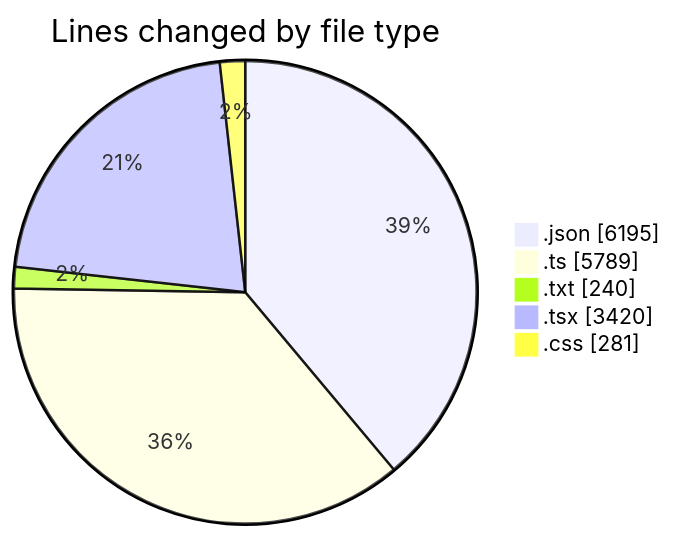
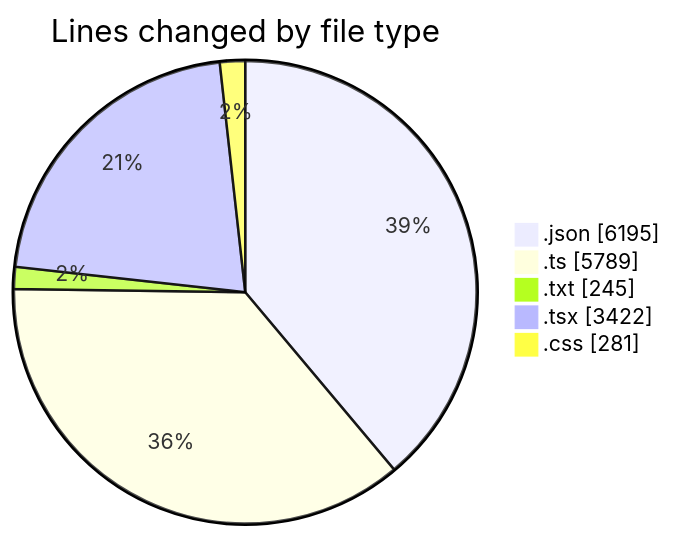
Before and after one commit to CELIANVF/code-tracking: the first of 2 diagrams in 2025-05-27/ecodeli-1/README.md, drawn with Mermaid. The commit also changed other lines of this file and 1 other file, not shown here.

````diff
--- a/2025-05-27/ecodeli-1/README.md
+++ b/2025-05-27/ecodeli-1/README.md
@@ -41,9 +41,9 @@
 ```mermaid
 pie showData
 title Lines changed by file type
 ".json" : 6195
 ".ts" : 5789
-".txt" : 240
-".tsx" : 3420
+".txt" : 245
+".tsx" : 3422
 ".css" : 281
 ```
````
